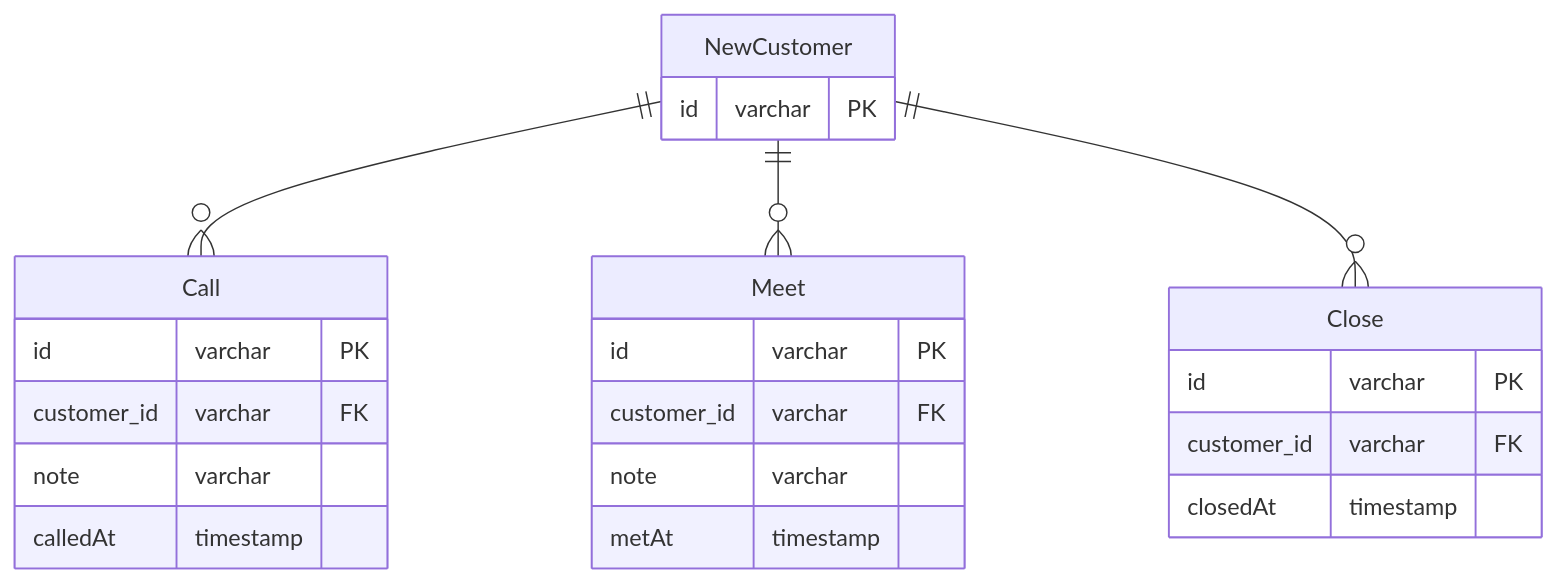
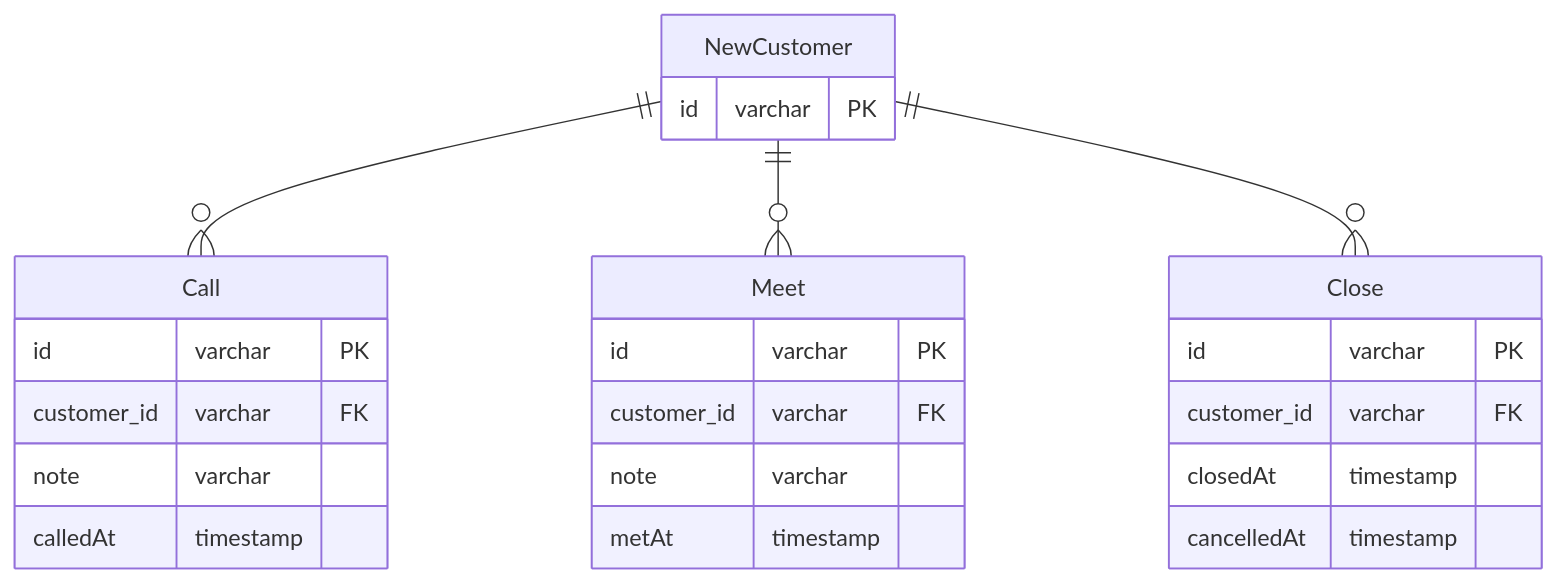
One commit to praha-inc/praha-challenge-7 changed the diagram in I84PdeRyF2ApGF/DBAntiPattern/Practice05/ER図.md. Above: the diagram before and after it, drawn with Mermaid.

Commit message:
[Fix] Closeテーブルにカラム追加

````diff
--- a/I84PdeRyF2ApGF/DBAntiPattern/Practice05/ER図.md
+++ b/I84PdeRyF2ApGF/DBAntiPattern/Practice05/ER図.md
@@ -1,33 +1,34 @@
 ``` mermaid
 
 erDiagram
 
 NewCustomer{
     id varchar PK
 }
 
 Call{
     id varchar PK
     customer_id varchar FK
     note varchar
     calledAt timestamp
 }
 
 Meet{
     id varchar PK
     customer_id varchar FK
     note varchar
     metAt timestamp
 }
 
 Close{
     id varchar PK
     customer_id varchar FK
     closedAt timestamp
+    cancelledAt timestamp
 }
 
 NewCustomer ||--o{ Call : ""
 NewCustomer ||--o{ Meet : ""
 NewCustomer ||--o{ Close : ""
 
 ```
````
